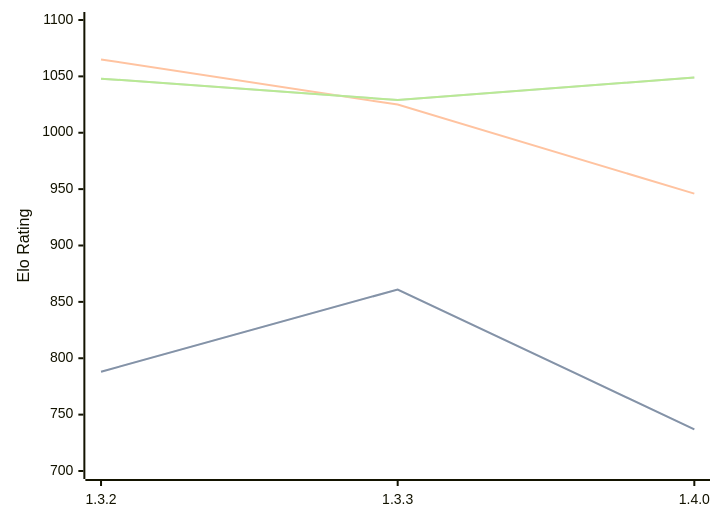
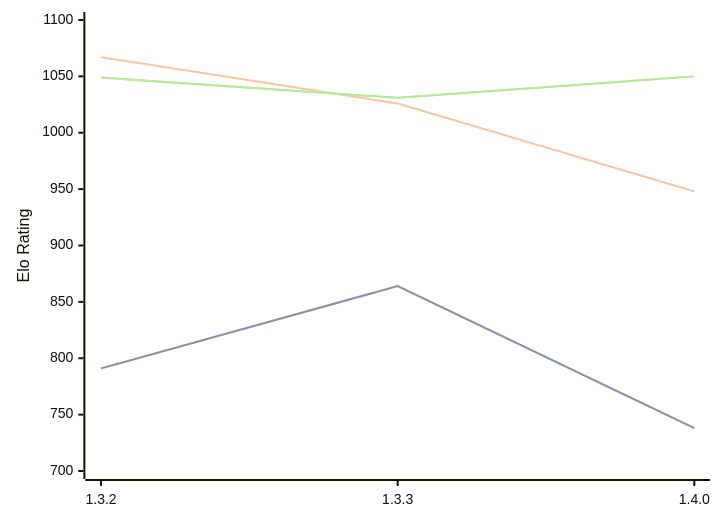
Before and after one commit to computer-chess-index/cci: the diagram in engines/Whitespine.md, drawn with Mermaid. The commit also changed other lines of this file, not shown here.

Commit message:
Update CCI Ratings (ELO VLTC) - 2026-10-09

````diff
--- a/engines/Whitespine.md
+++ b/engines/Whitespine.md
@@ -33,11 +33,11 @@
 ```mermaid
 %%{init: {"theme":"base","themeVariables":{"seriesColors:['#a3a3a3','#222221','#faa371']}}}%%
 xychart-beta
   x-axis ["1.3.2", "1.3.3", "1.4.0"]
   y-axis "Elo Rating" 700 --> 1100
-  line "" [788, 861, 737]
-  line "STC (8.0+0.08s)" [788, 861, 737]
-  line "LTC (60.0+0.60s)" [1065, 1025, 946]
-  line "" [1048, 1029, 1049]
-  line "VLTC (2m24s+1.12s)" [1048, 1029, 1049]
+  line "" [791, 864, 738]
+  line "STC (8.0+0.08s)" [791, 864, 738]
+  line "LTC (60.0+0.60s)" [1067, 1026, 948]
+  line "" [1049, 1031, 1050]
+  line "VLTC (2m24s+1.12s)" [1049, 1031, 1050]
 ```
````
